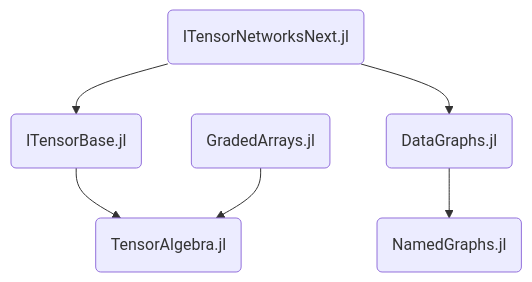
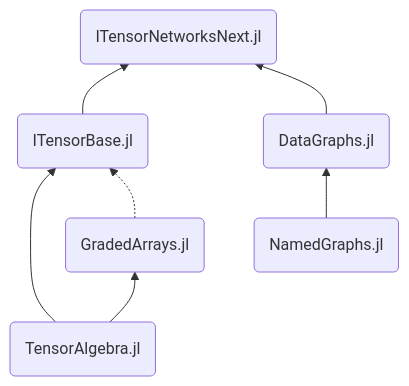
Before and after one commit to ITensor/ITensorDocsNext.jl: the diagram in docs/src/ecosystem_overview.md, drawn with Mermaid. The commit also changed other lines of this file and 1 other file, not shown here.

Commit message:
Reverse the ecosystem graph arrows to point at dependents (#60)
## Summary

Arrows in the ecosystem graph now point from a package to the packages
that depend on it, keeping the same top-to-bottom layout, with a legend
below the diagram. Also adds `ITensorBase`'s weak dependency on
`GradedArrays` as a dotted edge, so `GradedArrays` no longer floats
unattached at the top.

````diff
--- a/docs/src/ecosystem_overview.md
+++ b/docs/src/ecosystem_overview.md
@@ -3,8 +3,9 @@
 ```mermaid
-graph TD
-    ITensorNetworksNext(ITensorNetworksNext.jl) --> ITensorBase(ITensorBase.jl)
-    ITensorNetworksNext --> DataGraphs(DataGraphs.jl)
-    DataGraphs --> NamedGraphs(NamedGraphs.jl)
-    ITensorBase --> TensorAlgebra(TensorAlgebra.jl)
-    GradedArrays(GradedArrays.jl) --> TensorAlgebra
+graph BT
+    ITensorBase(ITensorBase.jl) --> ITensorNetworksNext(ITensorNetworksNext.jl)
+    DataGraphs(DataGraphs.jl) --> ITensorNetworksNext
+    NamedGraphs(NamedGraphs.jl) --> DataGraphs
+    TensorAlgebra(TensorAlgebra.jl) --> ITensorBase
+    TensorAlgebra --> GradedArrays(GradedArrays.jl)
+    GradedArrays -.-> ITensorBase
 ```
````
